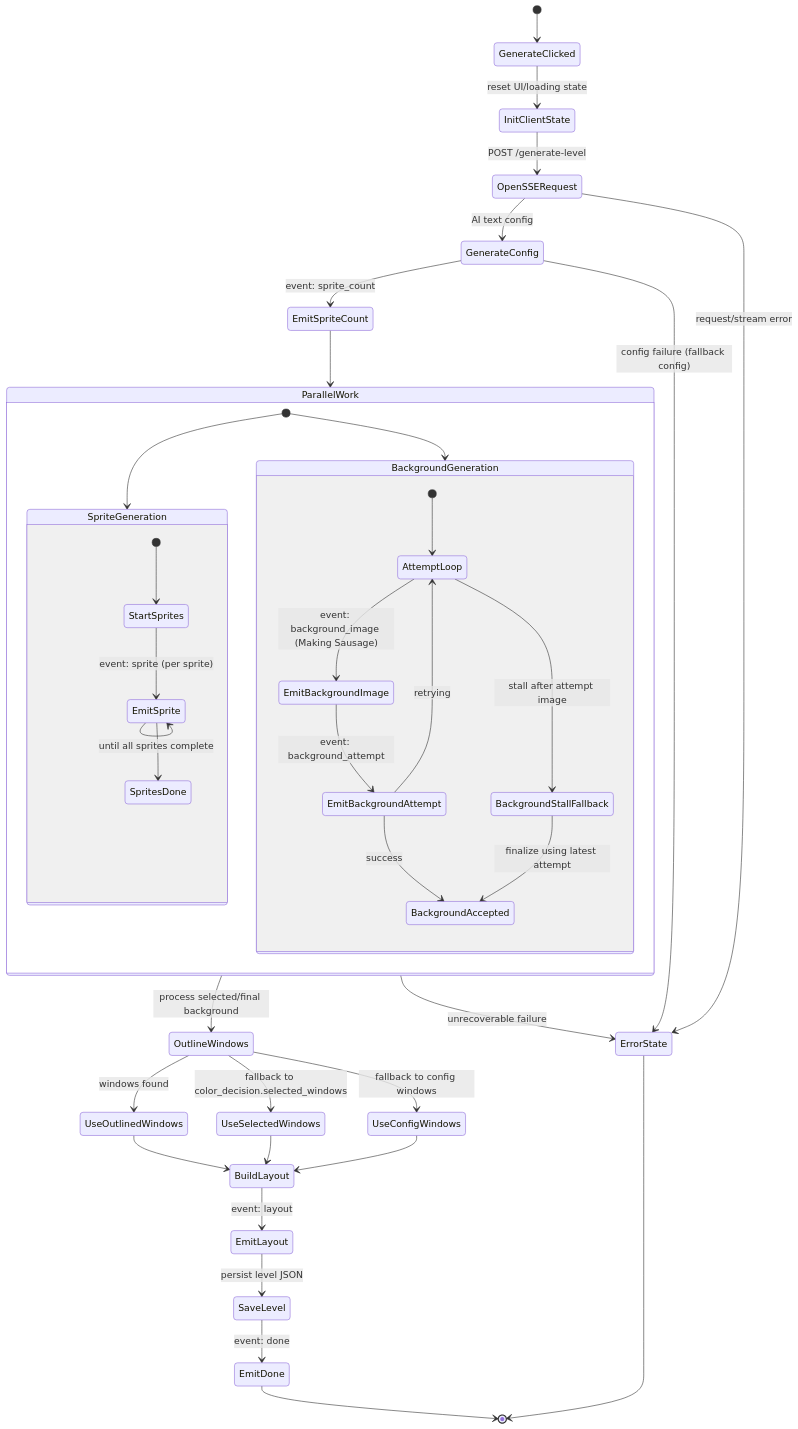
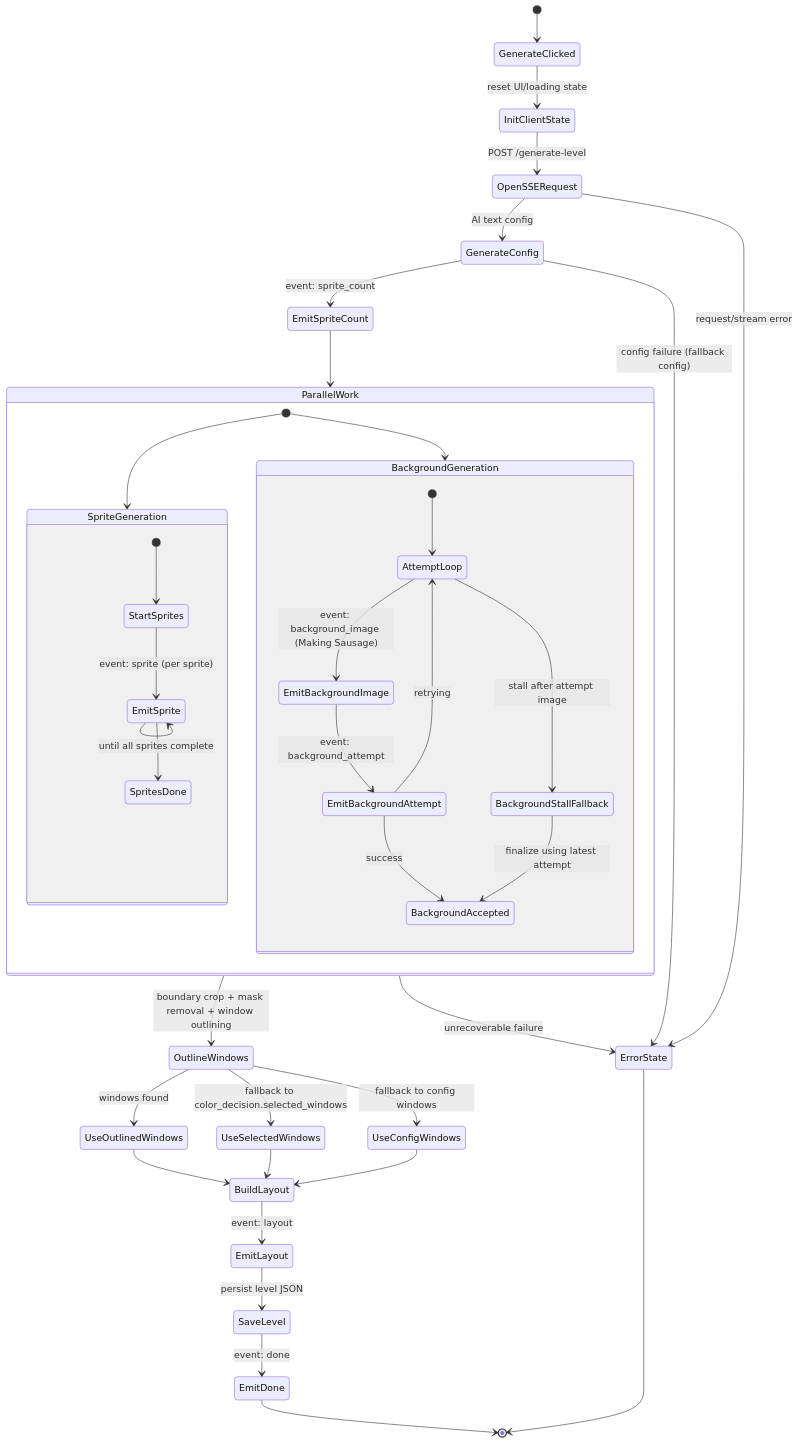
Before and after one commit to murphy360/monster_game: the first of 2 diagrams in docs/level-generation-state-diagram.md, drawn with Mermaid. The commit also changed other lines of this file and 4 other files, not shown here.

````diff
--- a/docs/level-generation-state-diagram.md
+++ b/docs/level-generation-state-diagram.md
@@ -7,54 +7,54 @@
 ```mermaid
 stateDiagram-v2
     [*] --> GenerateClicked
 
     GenerateClicked --> InitClientState : reset UI/loading state
     InitClientState --> OpenSSERequest : POST /generate-level
 
     OpenSSERequest --> GenerateConfig : AI text config
     GenerateConfig --> EmitSpriteCount : event: sprite_count
 
     state ParallelWork {
         [*] --> SpriteGeneration
         [*] --> BackgroundGeneration
 
         state SpriteGeneration {
             [*] --> StartSprites
             StartSprites --> EmitSprite : event: sprite (per sprite)
             EmitSprite --> EmitSprite : until all sprites complete
             EmitSprite --> SpritesDone
         }
 
         state BackgroundGeneration {
             [*] --> AttemptLoop
             AttemptLoop --> EmitBackgroundImage : event: background_image (Making Sausage)
             EmitBackgroundImage --> EmitBackgroundAttempt : event: background_attempt
             EmitBackgroundAttempt --> AttemptLoop : retrying
             EmitBackgroundAttempt --> BackgroundAccepted : success
 
             AttemptLoop --> BackgroundStallFallback : stall after attempt image
             BackgroundStallFallback --> BackgroundAccepted : finalize using latest attempt
         }
     }
 
     EmitSpriteCount --> ParallelWork
-    ParallelWork --> OutlineWindows : process selected/final background
+    ParallelWork --> OutlineWindows : boundary crop + mask removal + window outlining
 
     OutlineWindows --> UseOutlinedWindows : windows found
     OutlineWindows --> UseSelectedWindows : fallback to color_decision.selected_windows
     OutlineWindows --> UseConfigWindows : fallback to config windows
 
     UseOutlinedWindows --> BuildLayout
     UseSelectedWindows --> BuildLayout
     UseConfigWindows --> BuildLayout
 
     BuildLayout --> EmitLayout : event: layout
     EmitLayout --> SaveLevel : persist level JSON
     SaveLevel --> EmitDone : event: done
     EmitDone --> [*]
 
     OpenSSERequest --> ErrorState : request/stream error
     GenerateConfig --> ErrorState : config failure (fallback config)
     ParallelWork --> ErrorState : unrecoverable failure
     ErrorState --> [*]
 ```
````
